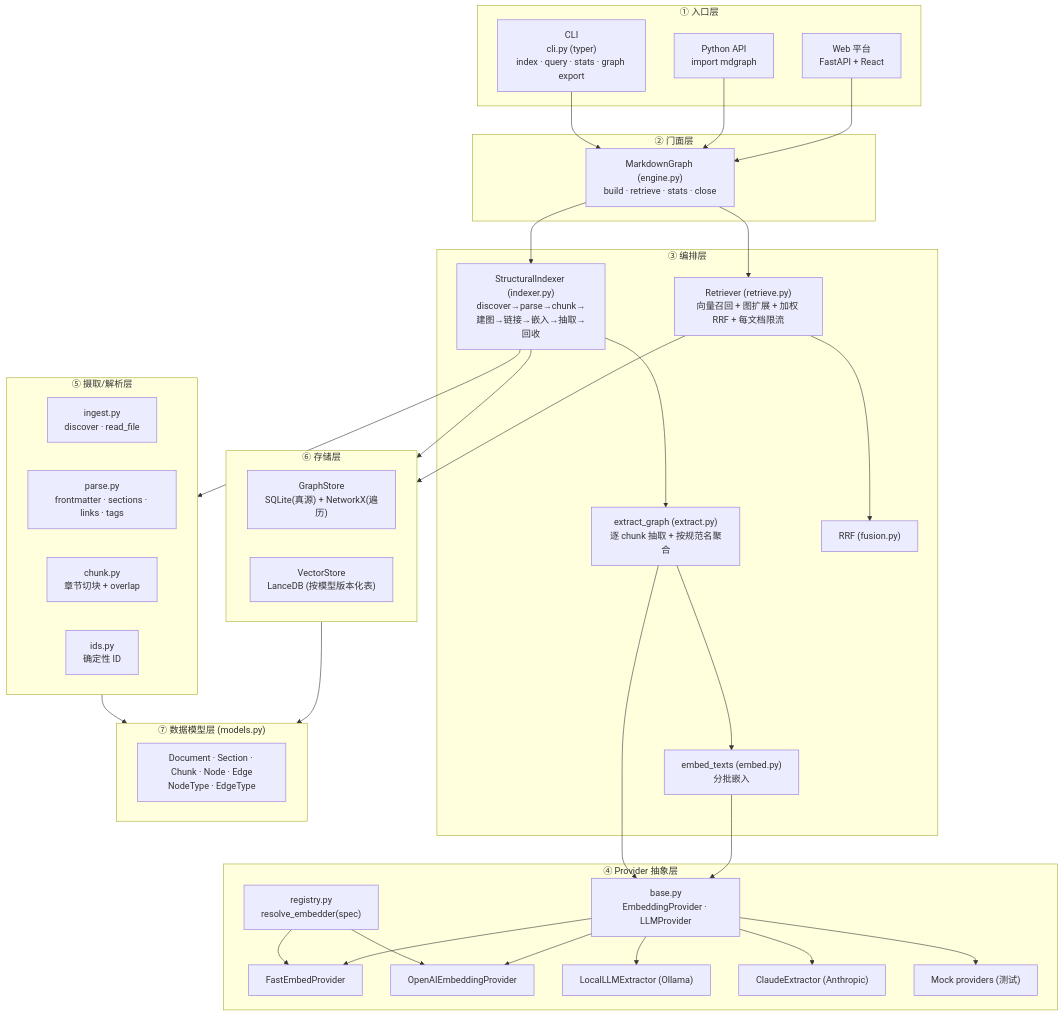
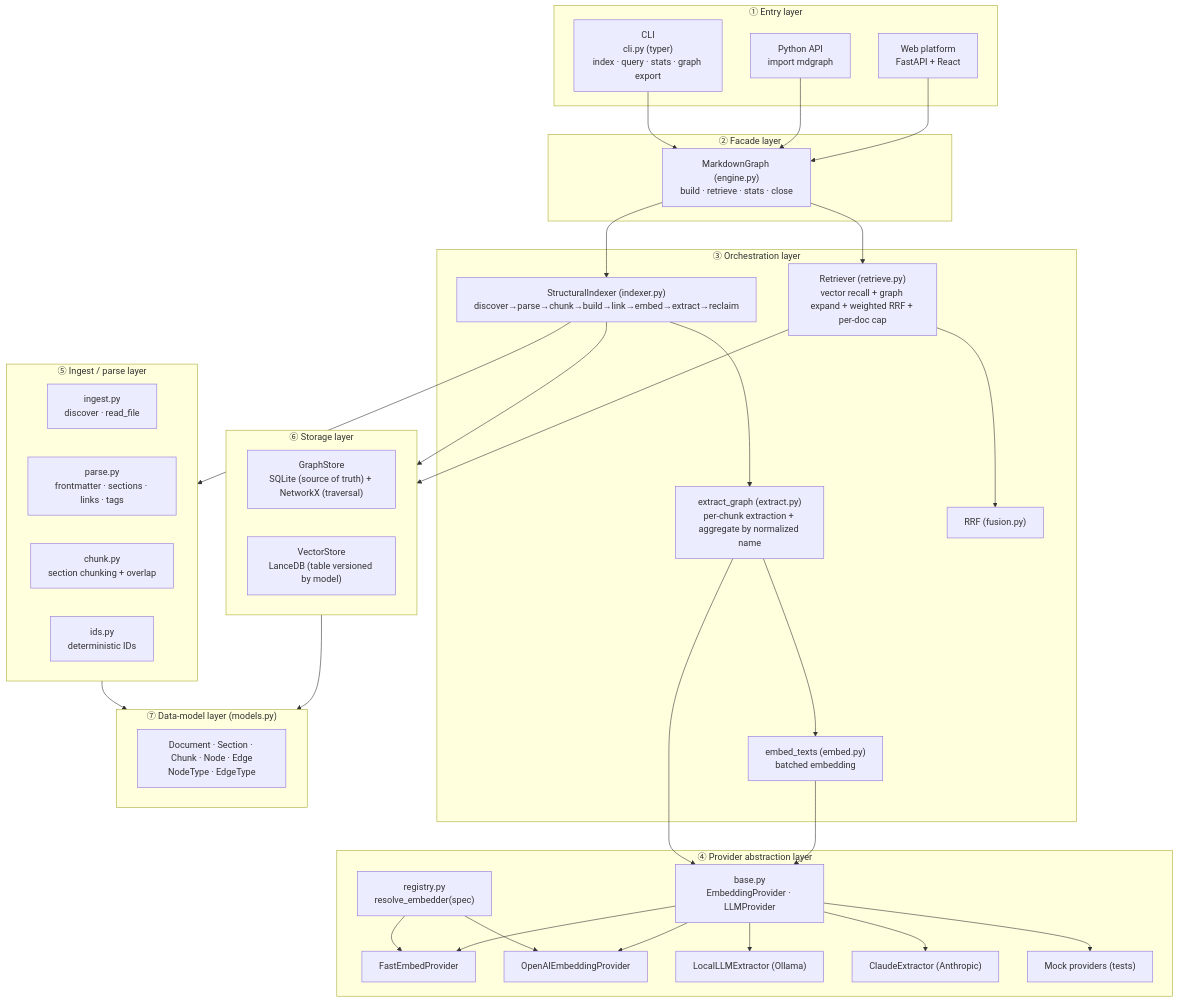
One commit to Jouryjc/markdown-graph changed the first of 6 diagrams in README.md. Above: the diagram before and after it, drawn with Mermaid. The commit also changed other lines of this file and 2 other files, not shown here.

````diff
--- a/README.md
+++ b/README.md
@@ -61,63 +68,63 @@
 ```mermaid
 flowchart TB
-    subgraph ENTRY["① 入口层"]
+    subgraph ENTRY["① Entry layer"]
         CLI["CLI<br/>cli.py (typer)<br/>index · query · stats · graph export"]
         PY["Python API<br/>import mdgraph"]
-        WEB["Web 平台<br/>FastAPI + React"]
+        WEB["Web platform<br/>FastAPI + React"]
     end
 
-    subgraph FACADE["② 门面层"]
+    subgraph FACADE["② Facade layer"]
         MG["MarkdownGraph (engine.py)<br/>build · retrieve · stats · close"]
     end
 
-    subgraph ORCH["③ 编排层"]
-        IDX["StructuralIndexer (indexer.py)<br/>discover→parse→chunk→建图→链接→嵌入→抽取→回收"]
-        RET["Retriever (retrieve.py)<br/>向量召回 + 图扩展 + 加权 RRF + 每文档限流"]
-        EXT["extract_graph (extract.py)<br/>逐 chunk 抽取 + 按规范名聚合"]
-        EMB["embed_texts (embed.py)<br/>分批嵌入"]
+    subgraph ORCH["③ Orchestration layer"]
+        IDX["StructuralIndexer (indexer.py)<br/>discover→parse→chunk→build→link→embed→extract→reclaim"]
+        RET["Retriever (retrieve.py)<br/>vector recall + graph expand + weighted RRF + per-doc cap"]
+        EXT["extract_graph (extract.py)<br/>per-chunk extraction + aggregate by normalized name"]
+        EMB["embed_texts (embed.py)<br/>batched embedding"]
         FUS["RRF (fusion.py)"]
     end
 
-    subgraph PROV["④ Provider 抽象层"]
+    subgraph PROV["④ Provider abstraction layer"]
         BASE["base.py<br/>EmbeddingProvider · LLMProvider"]
         REG["registry.py<br/>resolve_embedder(spec)"]
         FE["FastEmbedProvider"]
         OE["OpenAIEmbeddingProvider"]
         LL["LocalLLMExtractor (Ollama)"]
         CL["ClaudeExtractor (Anthropic)"]
-        MK["Mock providers (测试)"]
+        MK["Mock providers (tests)"]
     end
 
-    subgraph PARSE["⑤ 摄取/解析层"]
+    subgraph PARSE["⑤ Ingest / parse layer"]
         ING["ingest.py<br/>discover · read_file"]
         PAR["parse.py<br/>frontmatter · sections · links · tags"]
-        CHK["chunk.py<br/>章节切块 + overlap"]
-        IDS["ids.py<br/>确定性 ID"]
+        CHK["chunk.py<br/>section chunking + overlap"]
+        IDS["ids.py<br/>deterministic IDs"]
     end
 
-    subgraph STORE["⑥ 存储层"]
-        GS["GraphStore<br/>SQLite(真源) + NetworkX(遍历)"]
-        VS["VectorStore<br/>LanceDB (按模型版本化表)"]
+    subgraph STORE["⑥ Storage layer"]
+        GS["GraphStore<br/>SQLite (source of truth) + NetworkX (traversal)"]
+        VS["VectorStore<br/>LanceDB (table versioned by model)"]
     end
 
-    subgraph MODEL["⑦ 数据模型层 (models.py)"]
+    subgraph MODEL["⑦ Data-model layer (models.py)"]
         MD["Document · Section · Chunk · Node · Edge<br/>NodeType · EdgeType"]
     end
 
     CLI --> MG
     PY --> MG
     WEB --> MG
     MG --> IDX
     MG --> RET
     IDX --> EXT --> EMB
     IDX --> PARSE
     RET --> FUS
     EXT --> BASE
     EMB --> BASE
     REG --> FE & OE
     BASE --> FE & OE & LL & CL & MK
     IDX --> STORE
     RET --> STORE
     PARSE --> MODEL
     STORE --> MODEL
 ```
````
